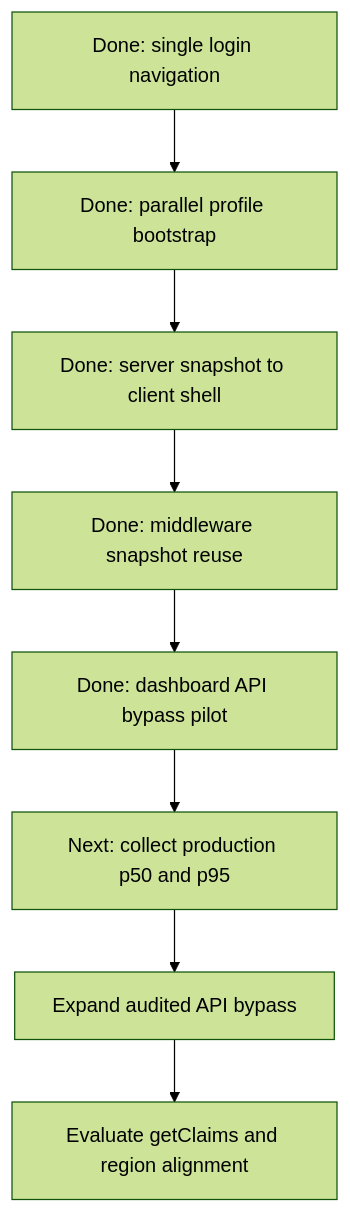
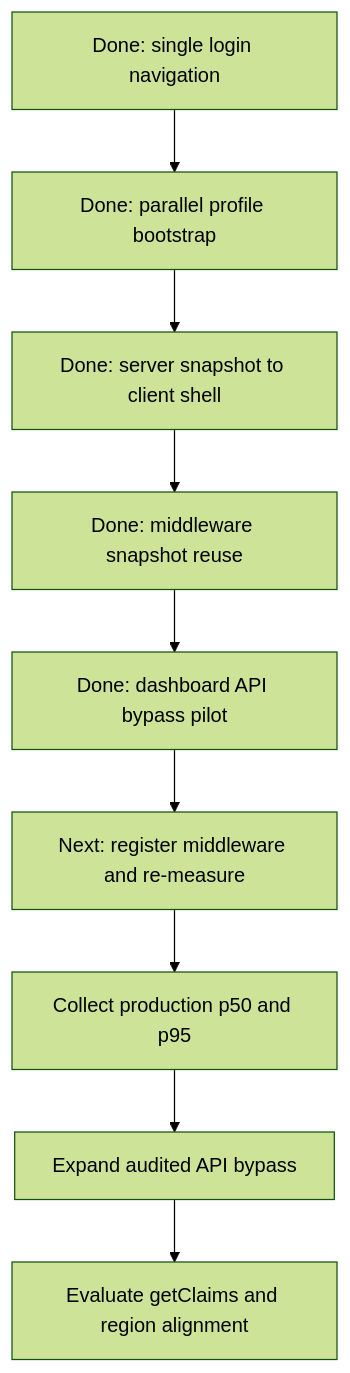
Before and after one commit to may24fc/sn-connect-app: the third of 3 diagrams in docs/features/authentication/optimization.md, drawn with Mermaid (forest theme). The commit also changed other lines of this file and 20 other files, not shown here.

````diff
--- a/docs/features/authentication/optimization.md
+++ b/docs/features/authentication/optimization.md
@@ -64,10 +64,11 @@
 ```mermaid
 flowchart TB
     A[Done: single login navigation] --> B[Done: parallel profile bootstrap]
     B --> C[Done: server snapshot to client shell]
     C --> D[Done: middleware snapshot reuse]
     D --> E[Done: dashboard API bypass pilot]
-    E --> F[Next: collect production p50 and p95]
-    F --> G[Expand audited API bypass]
+    E --> F[Next: register middleware and re-measure]
+    F --> F2[Collect production p50 and p95]
+    F2 --> G[Expand audited API bypass]
     G --> H[Evaluate getClaims and region alignment]
 ```
````
